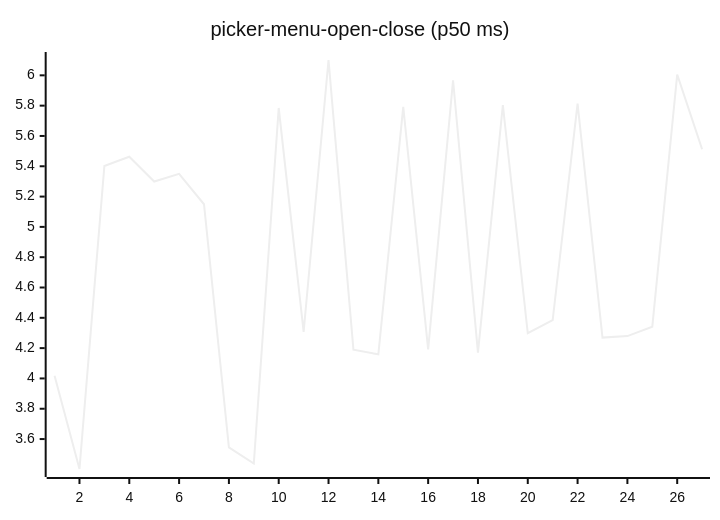
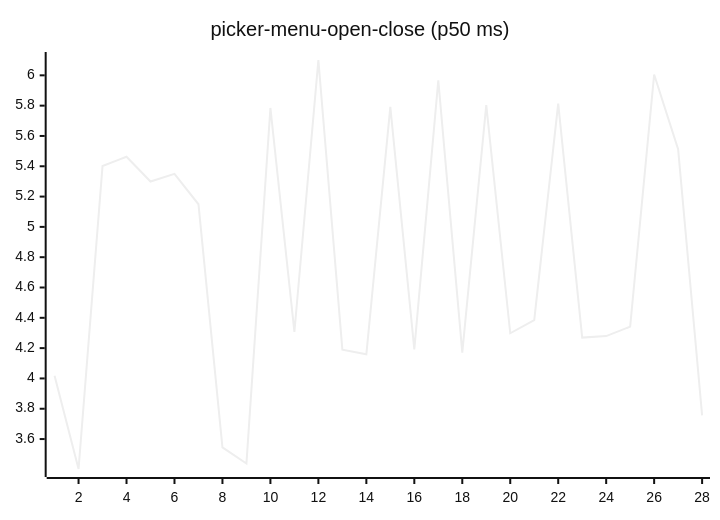
One commit to josha/Facet changed diagram 16 of 27 in README.md. Above: the diagram before and after it, drawn with Mermaid (neutral theme). The commit also changed other lines of this file and 2 other files, not shown here.

````diff
--- a/README.md
+++ b/README.md
@@ -168,6 +168,6 @@
 ```mermaid
 xychart-beta
     title "picker-menu-open-close (p50 ms)"
-    x-axis 1 --> 27
-    line [4.0174, 3.4024, 5.4017, 5.4631, 5.2994, 5.3502, 5.1493, 3.5447, 3.4388, 5.7846, 4.3066, 6.1012, 4.1897, 4.1591, 5.7919, 4.1912, 5.9674, 4.1698, 5.8037, 4.2981, 4.3851, 5.8139, 4.2694, 4.2792, 4.3416, 6.0052, 5.5122]
+    x-axis 1 --> 28
+    line [4.0174, 3.4024, 5.4017, 5.4631, 5.2994, 5.3502, 5.1493, 3.5447, 3.4388, 5.7846, 4.3066, 6.1012, 4.1897, 4.1591, 5.7919, 4.1912, 5.9674, 4.1698, 5.8037, 4.2981, 4.3851, 5.8139, 4.2694, 4.2792, 4.3416, 6.0052, 5.5122, 3.7566]
 ```
````
